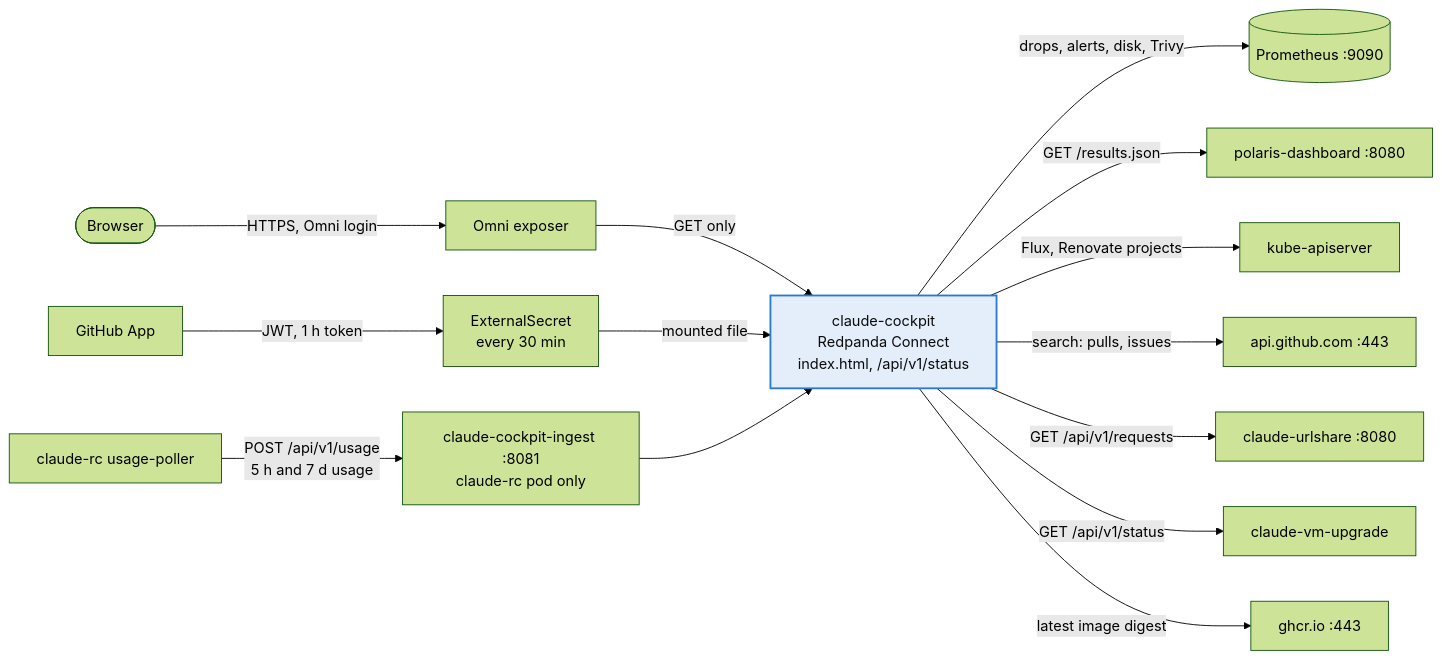
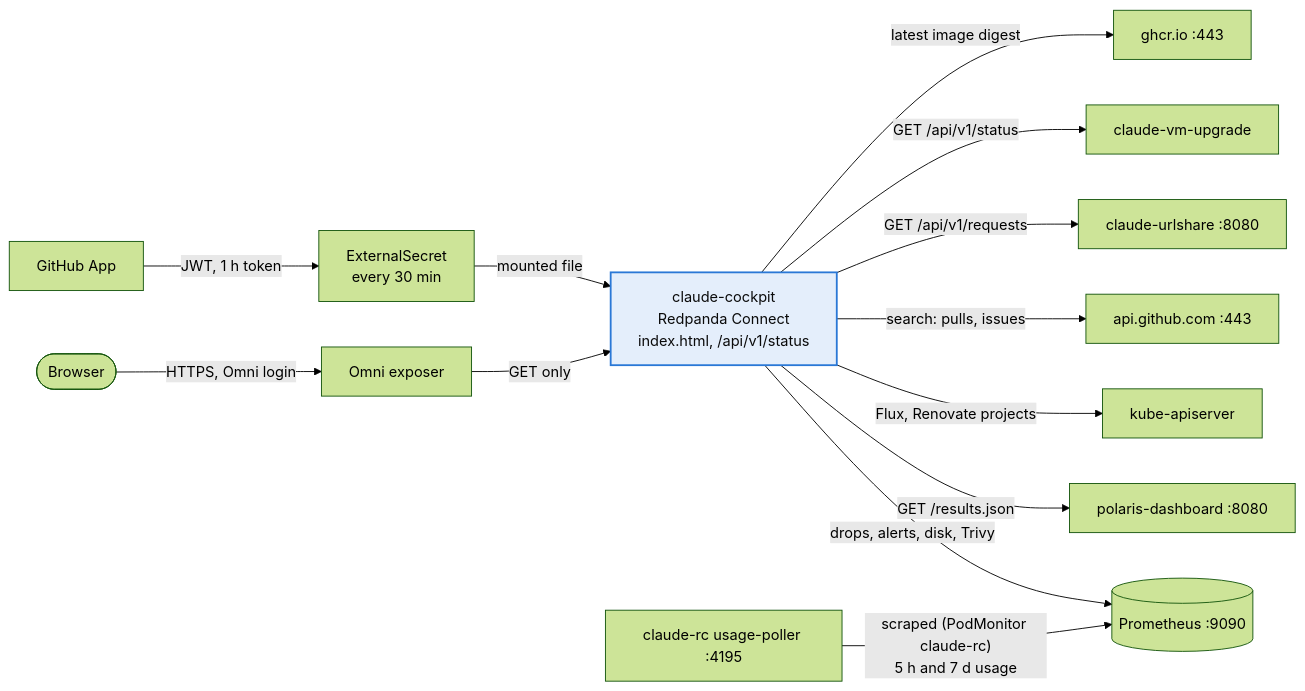
Before and after one commit to cthtrifork/talos-gitops: the third of 3 diagrams in k8s/apps/claude-system/README.md, drawn with Mermaid (forest theme). The commit also changed other lines of this file and 11 other files, not shown here.

First line of the commit message:
feat(claude-system): export the plan usage to Prometheus (#1540)

````diff
--- a/k8s/apps/claude-system/README.md
+++ b/k8s/apps/claude-system/README.md
@@ -398,22 +398,21 @@
 ```mermaid
 flowchart LR
   you([Browser]) -->|HTTPS, Omni login| omni[Omni exposer]
   omni -->|GET only| cockpit["claude-cockpit<br/>Redpanda Connect<br/>index.html, /api/v1/status"]
 
   cockpit -->|"drops, alerts, disk, Trivy"| prom[(Prometheus :9090)]
   cockpit -->|"GET /results.json"| polaris[polaris-dashboard :8080]
   cockpit -->|"Flux, Renovate projects"| api[kube-apiserver]
   cockpit -->|"search: pulls, issues"| gh[api.github.com :443]
 
   app[GitHub App] -->|"JWT, 1 h token"| es[ExternalSecret<br/>every 30 min]
   es -->|"mounted file"| cockpit
 
   cockpit -->|"GET /api/v1/requests"| urlshare[claude-urlshare :8080]
   cockpit -->|"GET /api/v1/status"| vmup[claude-vm-upgrade]
   cockpit -->|"latest image digest"| ghcr[ghcr.io :443]
-  poller["claude-rc usage-poller"] -->|"POST /api/v1/usage<br/>5 h and 7 d usage"| ingest["claude-cockpit-ingest :8081<br/>claude-rc pod only"]
-  ingest --> cockpit
+  poller["claude-rc usage-poller :4195"] -->|"scraped (PodMonitor claude-rc)<br/>5 h and 7 d usage"| prom
 
   classDef new fill:#e4eefb,stroke:#2a78d6,stroke-width:2px,color:#0b0b0b
   class cockpit new
 ```
````
